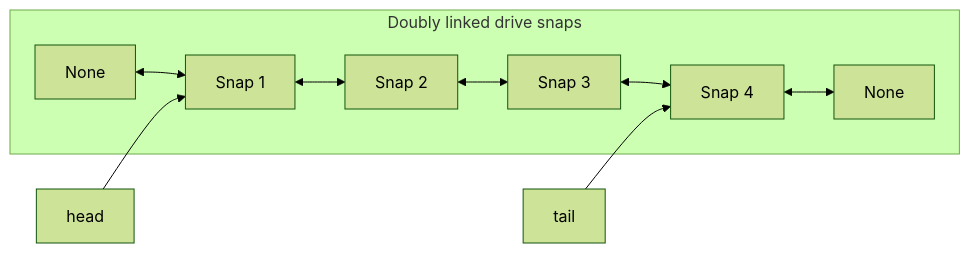
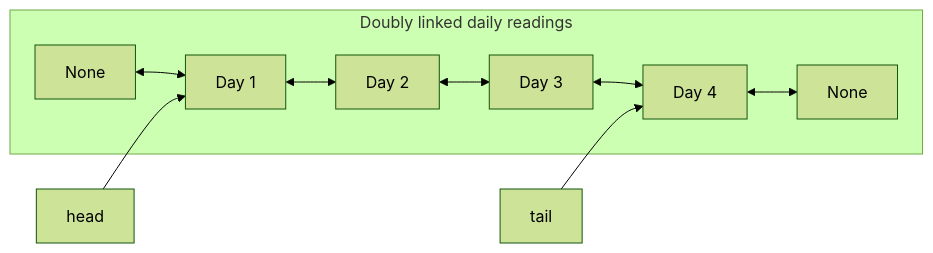
The first of 10 diagrams in docs/dsa/data-structures/doubly-linked-list/index.md (qgjones9/python-programming-guide), drawn with Mermaid (forest theme) before and after one commit. The commit also changed other lines of this file and 6 other files, not shown here.

````diff
--- a/docs/dsa/data-structures/doubly-linked-list/index.md
+++ b/docs/dsa/data-structures/doubly-linked-list/index.md
@@ -32,12 +26,12 @@
 ```mermaid
 flowchart LR
-  subgraph dll["Doubly linked drive snaps"]
-    NIL1["None"] <--> H["Snap 1"]
-    H <--> N2["Snap 2"]
-    N2 <--> N3["Snap 3"]
-    N3 <--> T["Snap 4"]
+  subgraph dll["Doubly linked daily readings"]
+    NIL1["None"] <--> H["Day 1"]
+    H <--> N2["Day 2"]
+    N2 <--> N3["Day 3"]
+    N3 <--> T["Day 4"]
     T <--> NIL2["None"]
   end
   head["head"] --> H
   tail["tail"] --> T
 ```
````
